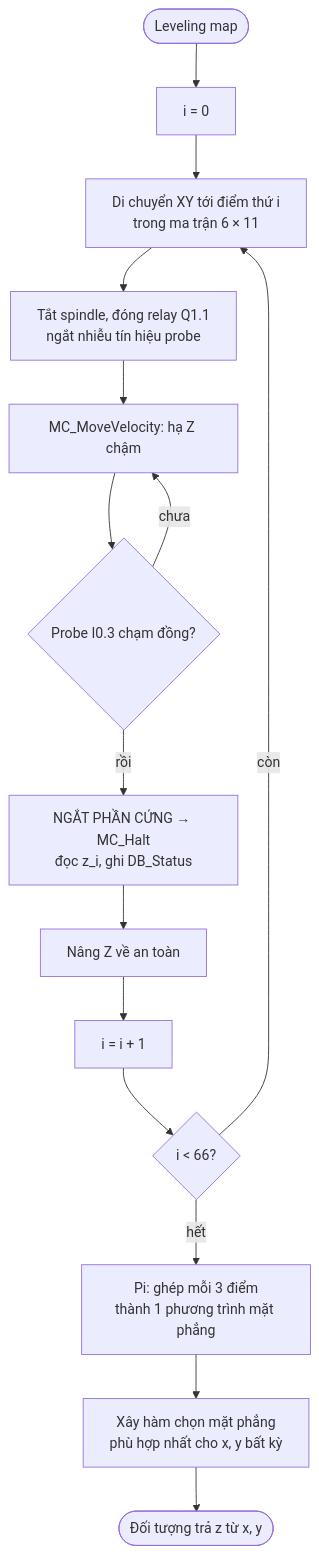
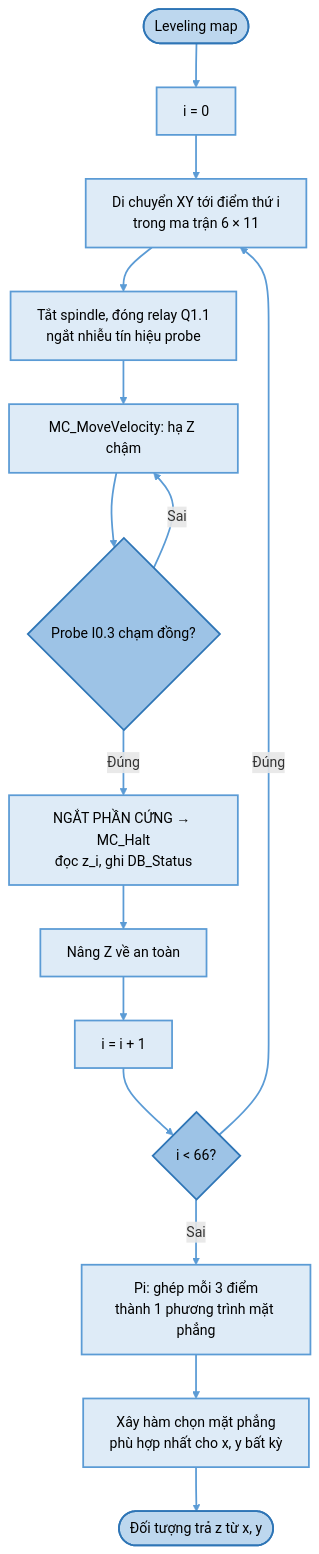
Before and after one commit to nguyentanphat1908-collab/IDE: the fourth of 10 diagrams in docs/luu-do-giai-thuat.md, drawn with Mermaid. The commit also changed other lines of this file and 4 other files, not shown here.

````diff
--- a/docs/luu-do-giai-thuat.md
+++ b/docs/luu-do-giai-thuat.md
@@ -99,17 +129,23 @@
 ```mermaid
 flowchart TD
-    A([Leveling map]) --> B["i = 0"]
-    B --> C["Di chuyển XY tới điểm thứ i<br/>trong ma trận 6 × 11"]
-    C --> D["Tắt spindle, đóng relay Q1.1<br/>ngắt nhiễu tín hiệu probe"]
-    D --> E["MC_MoveVelocity: hạ Z chậm"]
-    E --> F{"Probe I0.3 chạm đồng?"}
-    F -- chưa --> E
-    F -- rồi --> G["NGẮT PHẦN CỨNG → MC_Halt<br/>đọc z_i, ghi DB_Status"]
-    G --> H["Nâng Z về an toàn"]
-    H --> I["i = i + 1"]
-    I --> J{"i < 66?"}
-    J -- còn --> C
-    J -- hết --> K["Pi: ghép mỗi 3 điểm<br/>thành 1 phương trình mặt phẳng"]
-    K --> L["Xây hàm chọn mặt phẳng<br/>phù hợp nhất cho x, y bất kỳ"]
-    L --> M([Đối tượng trả z từ x, y])
+    A([Leveling map]):::term --> B["i = 0"]:::proc
+    B --> C["Di chuyển XY tới điểm thứ i<br/>trong ma trận 6 × 11"]:::proc
+    C --> D["Tắt spindle, đóng relay Q1.1<br/>ngắt nhiễu tín hiệu probe"]:::proc
+    D --> E["MC_MoveVelocity: hạ Z chậm"]:::proc
+    E --> F{"Probe I0.3 chạm đồng?"}:::dec
+    F -- Sai --> E
+    F -- Đúng --> G["NGẮT PHẦN CỨNG → MC_Halt<br/>đọc z_i, ghi DB_Status"]:::proc
+    G --> H["Nâng Z về an toàn"]:::proc
+    H --> I["i = i + 1"]:::proc
+    I --> J{"i < 66?"}:::dec
+    J -- Đúng --> C
+    J -- Sai --> K["Pi: ghép mỗi 3 điểm<br/>thành 1 phương trình mặt phẳng"]:::proc
+    K --> L["Xây hàm chọn mặt phẳng<br/>phù hợp nhất cho x, y bất kỳ"]:::proc
+    L --> M([Đối tượng trả z từ x, y]):::term
+    classDef term fill:#BDD7EE,stroke:#2E75B6,stroke-width:2px,color:#000
+    classDef proc fill:#DEEBF7,stroke:#5B9BD5,stroke-width:2px,color:#000
+    classDef io   fill:#DEEBF7,stroke:#5B9BD5,stroke-width:2px,color:#000
+    classDef dec  fill:#9DC3E6,stroke:#2E75B6,stroke-width:2px,color:#000
+    classDef conn fill:#9DC3E6,stroke:#2E75B6,stroke-width:2px,color:#000
+    linkStyle default stroke:#5B9BD5,stroke-width:2px
 ```
````
